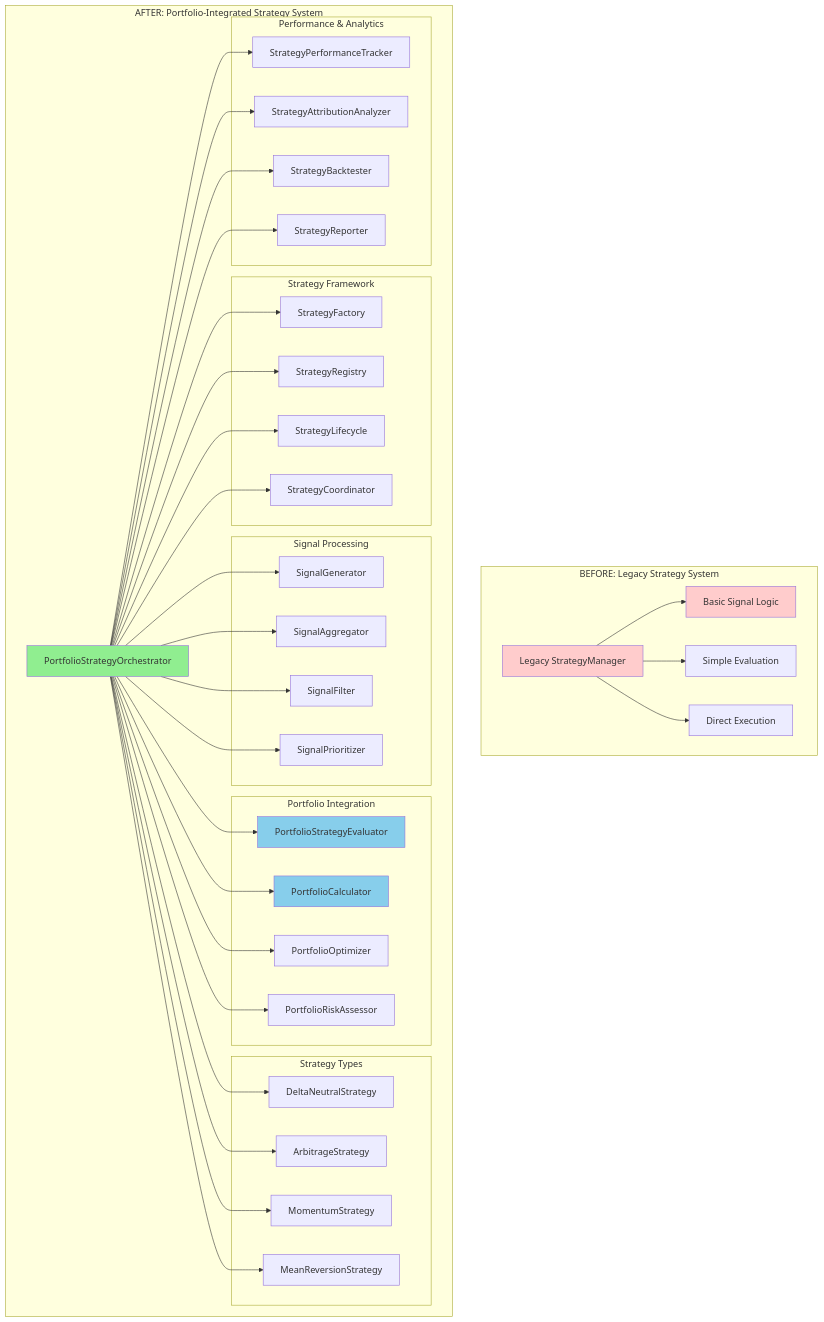
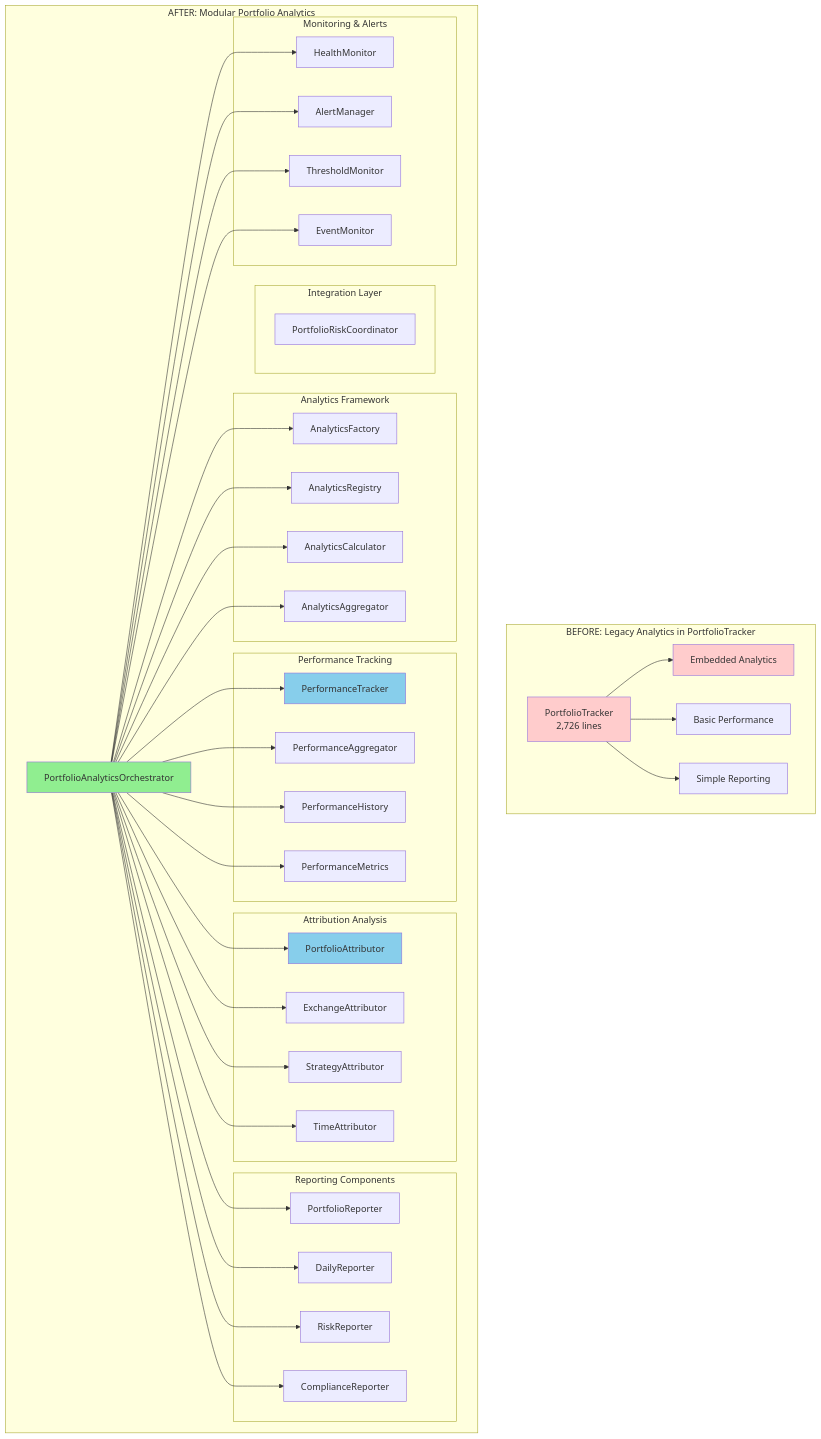
The diagram in workflow/portfolio_tracker_cleanup_refactor/week_06_strategy_replacement.md (plataplomo/hummingbot), drawn with Mermaid before and after one commit. The commit also changed other lines of this file and 275 other files, not shown here.

First line of the commit message:
Refactor and enhance portfolio management system with modular architecture (#51)

````diff
--- a/workflow/portfolio_tracker_cleanup_refactor/week_06_strategy_replacement.md
+++ b/workflow/portfolio_tracker_cleanup_refactor/week_06_strategy_replacement.md
@@ -22,80 +22,84 @@
 ```mermaid
 graph TB
-    subgraph "BEFORE: Legacy Strategy System"
-        OLD_STRAT[Legacy StrategyManager]
-        OLD_SIGNALS[Basic Signal Logic]
-        OLD_EVAL[Simple Evaluation]
-        OLD_EXEC[Direct Execution]
+    subgraph "BEFORE: Legacy Analytics in PortfolioTracker"
+        OLD_PT[PortfolioTracker<br/>2,726 lines]
+        OLD_ANALYTICS[Embedded Analytics]
+        OLD_PERF[Basic Performance]
+        OLD_REPORT[Simple Reporting]
 
-        OLD_STRAT --> OLD_SIGNALS
-        OLD_STRAT --> OLD_EVAL
-        OLD_STRAT --> OLD_EXEC
+        OLD_PT --> OLD_ANALYTICS
+        OLD_PT --> OLD_PERF
+        OLD_PT --> OLD_REPORT
 
-        style OLD_STRAT fill:#ffcccc
-        style OLD_SIGNALS fill:#ffcccc
+        style OLD_PT fill:#ffcccc
+        style OLD_ANALYTICS fill:#ffcccc
     end
 
-    subgraph "AFTER: Portfolio-Integrated Strategy System"
-        NEW_STRAT[PortfolioStrategyOrchestrator]
+    subgraph "AFTER: Modular Portfolio Analytics"
+        NEW_ANALYTICS[PortfolioAnalyticsOrchestrator]
 
-        subgraph "Strategy Framework"
-            SF[StrategyFactory]
-            SR[StrategyRegistry]
-            SL[StrategyLifecycle]
-            SC[StrategyCoordinator]
+        subgraph "Integration Layer"
+            COORDINATOR[PortfolioRiskCoordinator]
         end
 
-        subgraph "Signal Processing"
-            SG[SignalGenerator]
-            SA[SignalAggregator]
-            SF2[SignalFilter]
-            SP[SignalPrioritizer]
+        subgraph "Analytics Framework"
+            AF[AnalyticsFactory]
+            AR[AnalyticsRegistry]
+            AC[AnalyticsCalculator]
+            AA[AnalyticsAggregator]
         end
 
-        subgraph "Portfolio Integration"
-            PSE[PortfolioStrategyEvaluator]
-            PCALC[PortfolioCalculator]
-            POPT[PortfolioOptimizer]
-            PRISK[PortfolioRiskAssessor]
+        subgraph "Performance Tracking"
+            PT[PerformanceTracker]
+            PA[PerformanceAggregator]
+            PH[PerformanceHistory]
+            PM[PerformanceMetrics]
         end
 
-        subgraph "Strategy Types"
-            DN[DeltaNeutralStrategy]
-            ARB[ArbitrageStrategy]
-            MOM[MomentumStrategy]
-            MR[MeanReversionStrategy]
+        subgraph "Attribution Analysis"
+            PAT[PortfolioAttributor]
+            EAT[ExchangeAttributor]
+            SAT[StrategyAttributor]
+            TAT[TimeAttributor]
         end
 
-        subgraph "Performance & Analytics"
-            SPT[StrategyPerformanceTracker]
-            SAT[StrategyAttributionAnalyzer]
-            SBT[StrategyBacktester]
-            SRT[StrategyReporter]
+        subgraph "Reporting Components"
+            PR[PortfolioReporter]
+            DR[DailyReporter]
+            RR[RiskReporter]
+            CR[ComplianceReporter]
         end
 
-        NEW_STRAT --> SF
-        NEW_STRAT --> SR
-        NEW_STRAT --> SL
-        NEW_STRAT --> SC
-        NEW_STRAT --> SG
-        NEW_STRAT --> SA
-        NEW_STRAT --> SF2
-        NEW_STRAT --> SP
-        NEW_STRAT --> PSE
-        NEW_STRAT --> PCALC
-        NEW_STRAT --> POPT
-        NEW_STRAT --> PRISK
-        NEW_STRAT --> DN
-        NEW_STRAT --> ARB
-        NEW_STRAT --> MOM
-        NEW_STRAT --> MR
-        NEW_STRAT --> SPT
-        NEW_STRAT --> SAT
-        NEW_STRAT --> SBT
-        NEW_STRAT --> SRT
+        subgraph "Monitoring & Alerts"
+            HM[HealthMonitor]
+            AM[AlertManager]
+            TM[ThresholdMonitor]
+            EM[EventMonitor]
+        end
 
-        style NEW_STRAT fill:#90EE90
-        style PSE fill:#87CEEB
-        style PCALC fill:#87CEEB
+        NEW_ANALYTICS --> AF
+        NEW_ANALYTICS --> AR
+        NEW_ANALYTICS --> AC
+        NEW_ANALYTICS --> AA
+        NEW_ANALYTICS --> PT
+        NEW_ANALYTICS --> PA
+        NEW_ANALYTICS --> PH
+        NEW_ANALYTICS --> PM
+        NEW_ANALYTICS --> PAT
+        NEW_ANALYTICS --> EAT
+        NEW_ANALYTICS --> SAT
+        NEW_ANALYTICS --> TAT
+        NEW_ANALYTICS --> PR
+        NEW_ANALYTICS --> DR
+        NEW_ANALYTICS --> RR
+        NEW_ANALYTICS --> CR
+        NEW_ANALYTICS --> HM
+        NEW_ANALYTICS --> AM
+        NEW_ANALYTICS --> TM
+        NEW_ANALYTICS --> EM
+
+        style NEW_ANALYTICS fill:#90EE90
+        style PT fill:#87CEEB
+        style PAT fill:#87CEEB
     end
 ```
````
